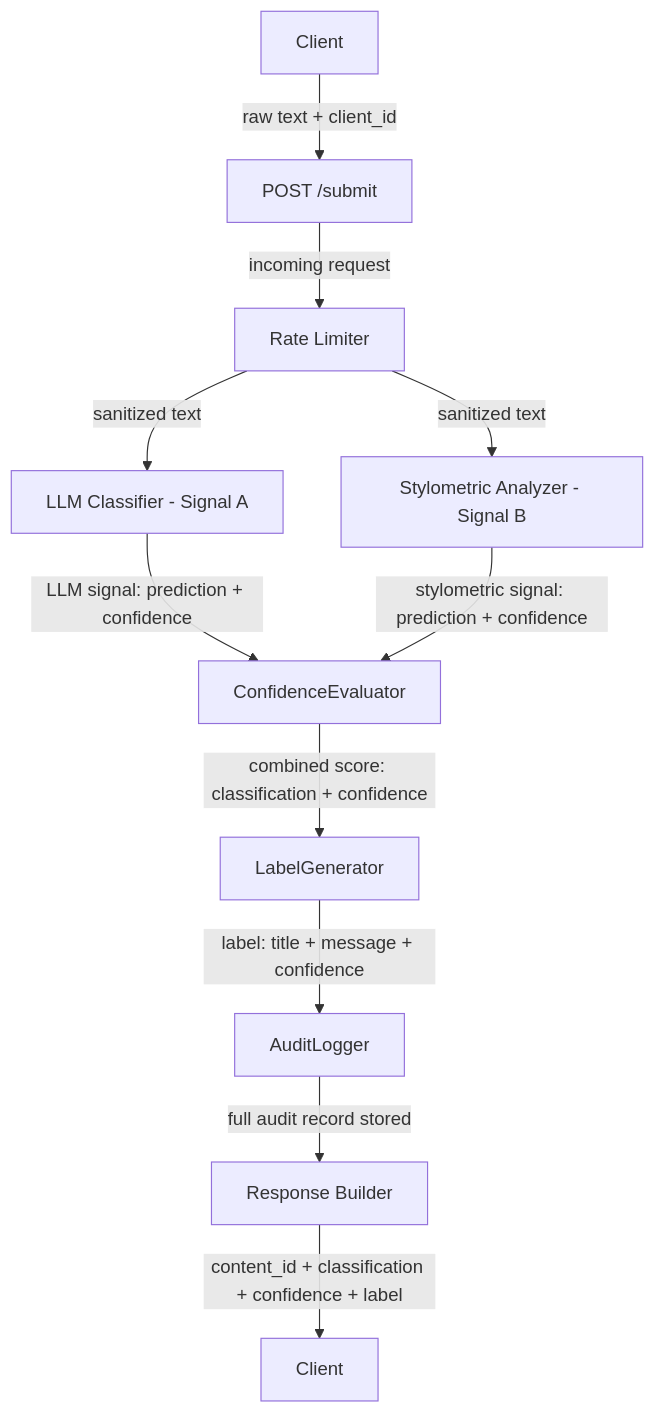
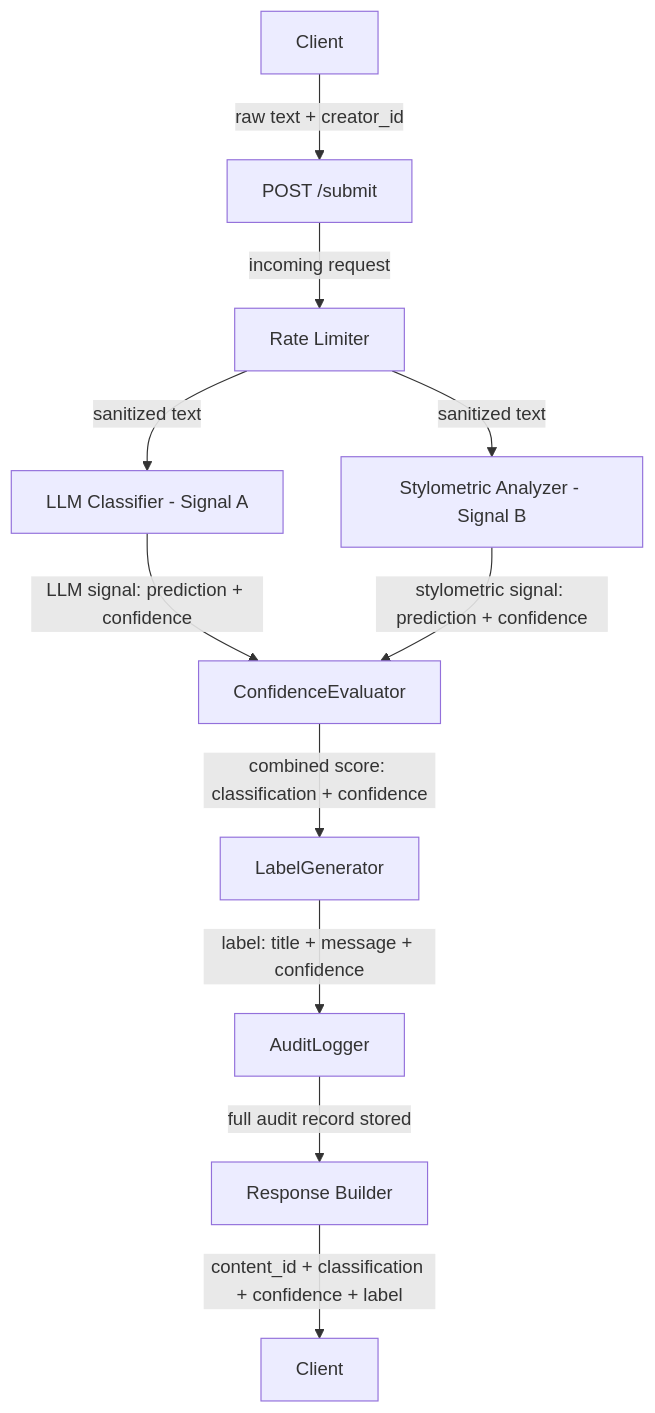
Before and after one commit to MiaNguyen912/ai201-project4-provenance-guard: the first of 2 diagrams in planning.md, drawn with Mermaid. The commit also changed other lines of this file and 9 other files, not shown here.

````diff
--- a/planning.md
+++ b/planning.md
@@ -356,14 +389,14 @@
 ```mermaid
 flowchart TD
 
-A[Client] -->|"raw text + client_id"| B["POST /submit"]
+A[Client] -->|"raw text + creator_id"| B["POST /submit"]
 B -->|incoming request| C[Rate Limiter]
 C -->|sanitized text| D["LLM Classifier - Signal A"]
 C -->|sanitized text| E["Stylometric Analyzer - Signal B"]
 D -->|"LLM signal: prediction + confidence"| F[ConfidenceEvaluator]
 E -->|"stylometric signal: prediction + confidence"| F
 F -->|"combined score: classification + confidence"| G[LabelGenerator]
 G -->|"label: title + message + confidence"| H[AuditLogger]
 H -->|full audit record stored| I[Response Builder]
 I -->|"content_id + classification + confidence + label"| J[Client]
 ```
````
